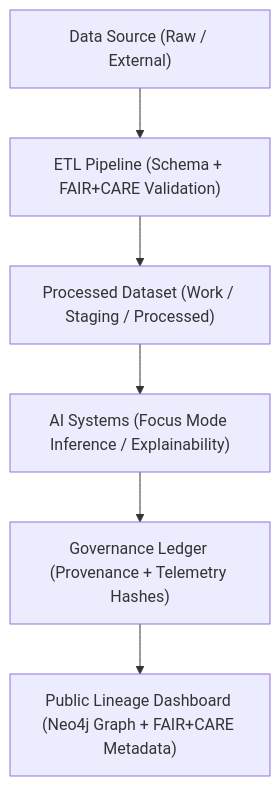
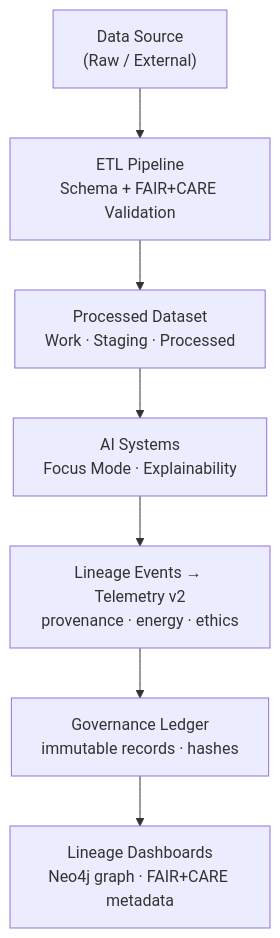
The first of 2 diagrams in docs/guides/telemetry/data-lineage-monitoring.md (bartytime4life/Kansas-Frontier-Matrix), drawn with Mermaid before and after one commit. The commit also changed other lines of this file, not shown here.

`````diff
--- a/docs/guides/telemetry/data-lineage-monitoring.md
+++ b/docs/guides/telemetry/data-lineage-monitoring.md
@@ -63,8 +77,9 @@
 ```mermaid
 flowchart TD
-A["Data Source (Raw / External)"] --> B["ETL Pipeline (Schema + FAIR+CARE Validation)"]
-B --> C["Processed Dataset (Work / Staging / Processed)"]
-C --> D["AI Systems (Focus Mode Inference / Explainability)"]
-D --> E["Governance Ledger (Provenance + Telemetry Hashes)"]
-E --> F["Public Lineage Dashboard (Neo4j Graph + FAIR+CARE Metadata)"]
-```
+A["Data Source<br/>(Raw / External)"] --> B["ETL Pipeline<br/>Schema + FAIR+CARE Validation"]
+B --> C["Processed Dataset<br/>Work · Staging · Processed"]
+C --> D["AI Systems<br/>Focus Mode · Explainability"]
+D --> E["Lineage Events → Telemetry v2<br/>provenance · energy · ethics"]
+E --> F["Governance Ledger<br/>immutable records · hashes"]
+F --> G["Lineage Dashboards<br/>Neo4j graph · FAIR+CARE metadata"]
+````
`````
